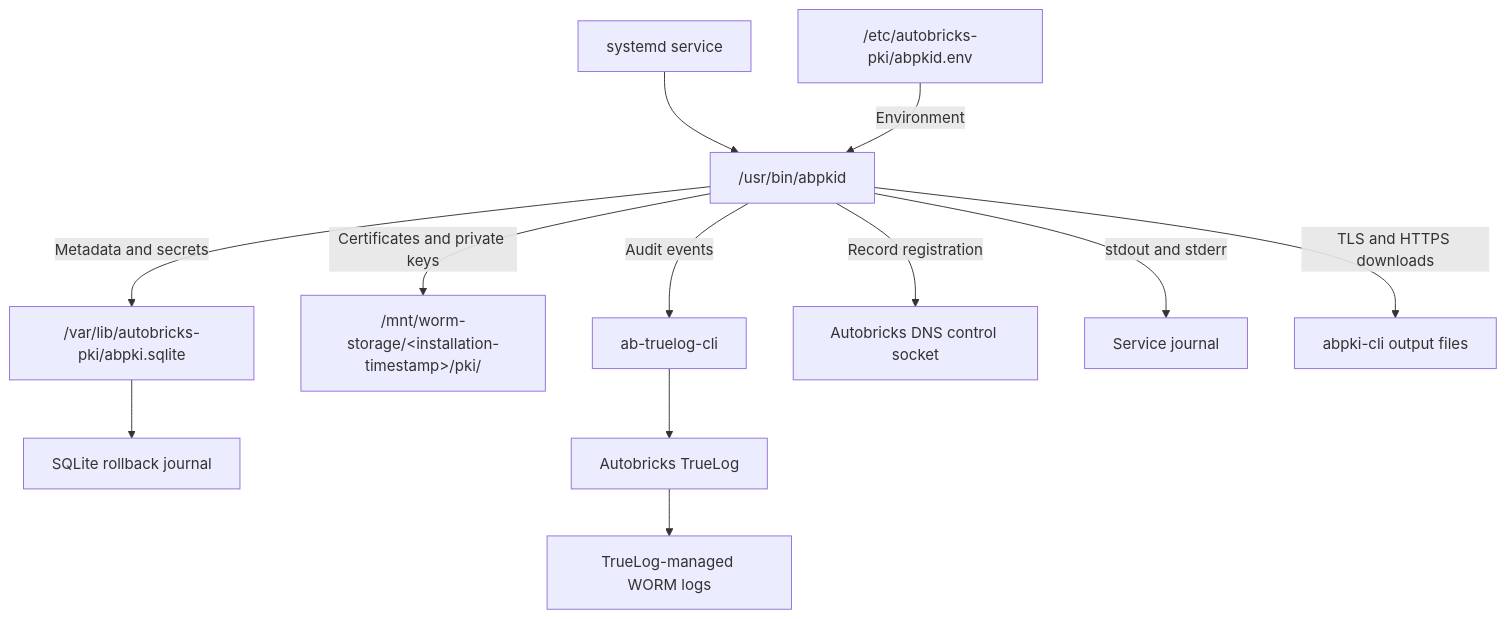
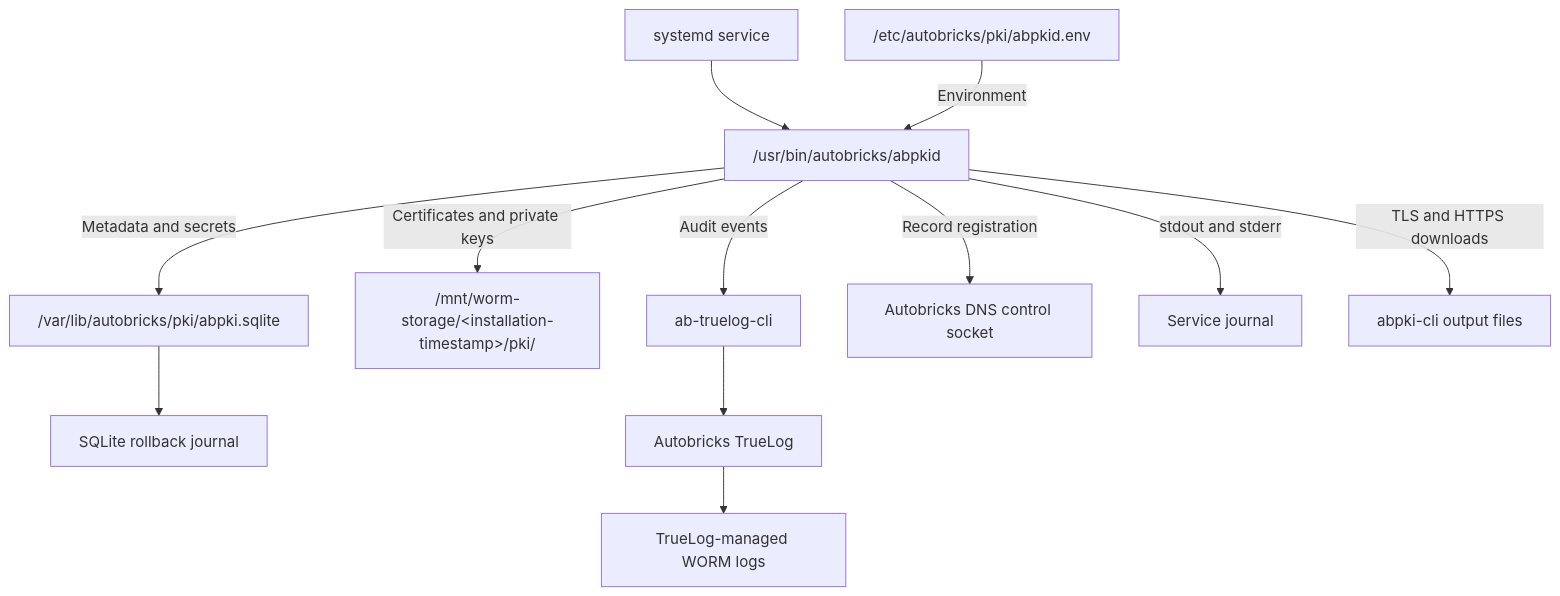
The diagram in FILES.md (pregene/autobricks-pki), drawn with Mermaid before and after one commit. The commit also changed other lines of this file and 23 other files, not shown here.

Commit message:
Release Autobricks PKI 1.1.140

````diff
--- a/FILES.md
+++ b/FILES.md
@@ -140,14 +141,14 @@
 ```mermaid
 flowchart TD
-    Unit[systemd service] --> Binary["/usr/bin/abpkid"]
-    Config["/etc/autobricks-pki/abpkid.env"] -->|Environment| Binary
-    Binary -->|Metadata and secrets| DB["/var/lib/autobricks-pki/abpki.sqlite"]
+    Unit[systemd service] --> Binary["/usr/bin/autobricks/abpkid"]
+    Config["/etc/autobricks/pki/abpkid.env"] -->|Environment| Binary
+    Binary -->|Metadata and secrets| DB["/var/lib/autobricks/pki/abpki.sqlite"]
     DB --> Journal[SQLite rollback journal]
     Binary -->|Certificates and private keys| WORM["/mnt/worm-storage/&lt;installation-timestamp&gt;/pki/"]
     Binary -->|Audit events| CLI[ab-truelog-cli]
     CLI --> TrueLog[Autobricks TrueLog]
     TrueLog --> Audit[TrueLog-managed WORM logs]
     Binary -->|Record registration| DNS[Autobricks DNS control socket]
     Binary -->|stdout and stderr| Logs[Service journal]
     Binary -->|TLS and HTTPS downloads| Client[abpki-cli output files]
 ```
````
